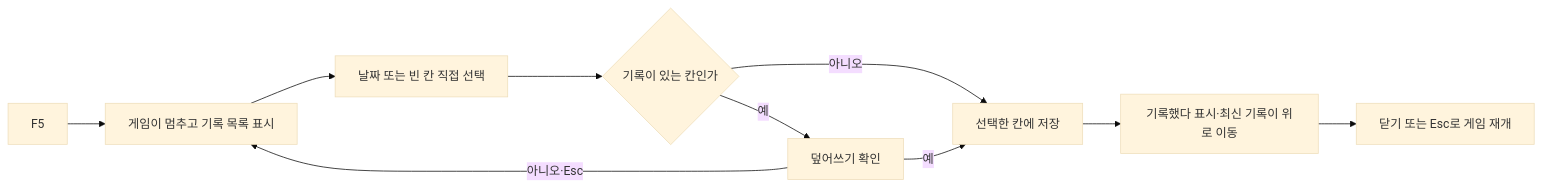
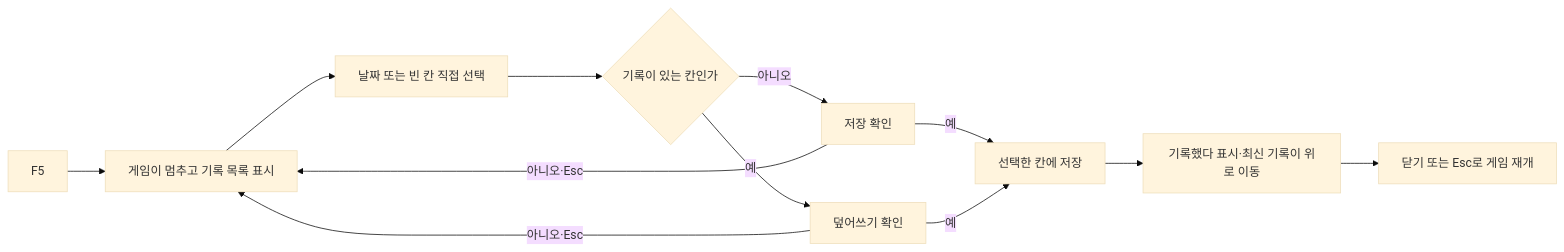
The first of 2 diagrams in Docs/기획자용 안내문서/기획자용 수동 저장 사용 안내.md (lkhwcf-arch/Human_Ghost-), drawn with Mermaid (base theme) before and after one commit. The commit also changed other lines of this file and 38 other files, not shown here.

````diff
--- a/Docs/기획자용 안내문서/기획자용 수동 저장 사용 안내.md
+++ b/Docs/기획자용 안내문서/기획자용 수동 저장 사용 안내.md
@@ -15,12 +15,14 @@
 ```mermaid
 flowchart LR
     A[F5] --> B[게임이 멈추고 기록 목록 표시]
     B --> C[날짜 또는 빈 칸 직접 선택]
     C --> D{기록이 있는 칸인가}
-    D -->|아니오| E[선택한 칸에 저장]
+    D -->|아니오| I[저장 확인]
+    I -->|예| E[선택한 칸에 저장]
+    I -->|아니오·Esc| B
     D -->|예| F[덮어쓰기 확인]
     F -->|예| E
     F -->|아니오·Esc| B
     E --> G[기록했다 표시·최신 기록이 위로 이동]
     G --> H[닫기 또는 Esc로 게임 재개]
 ```
````
